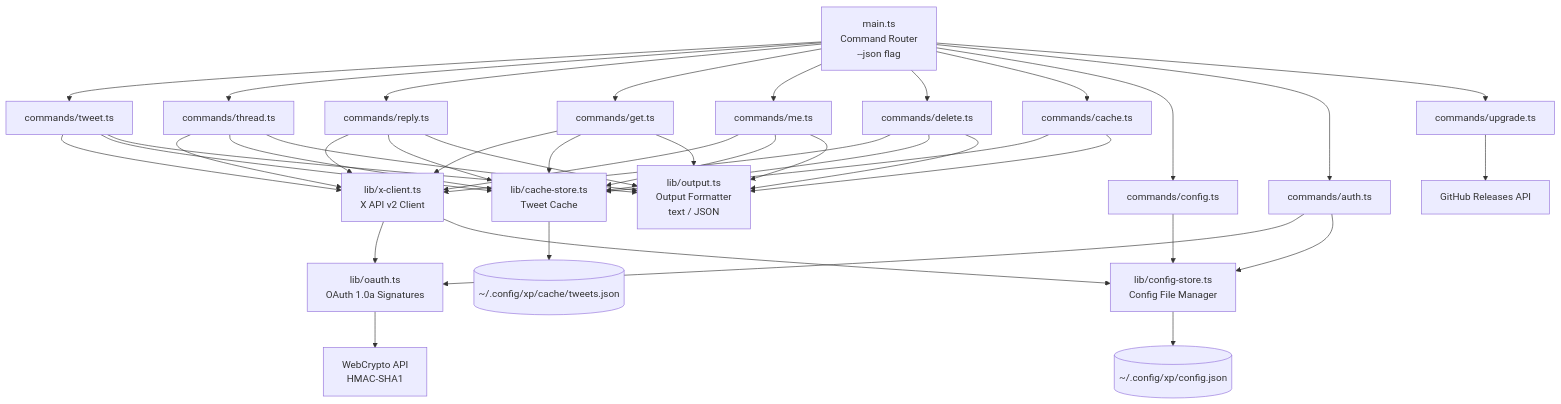
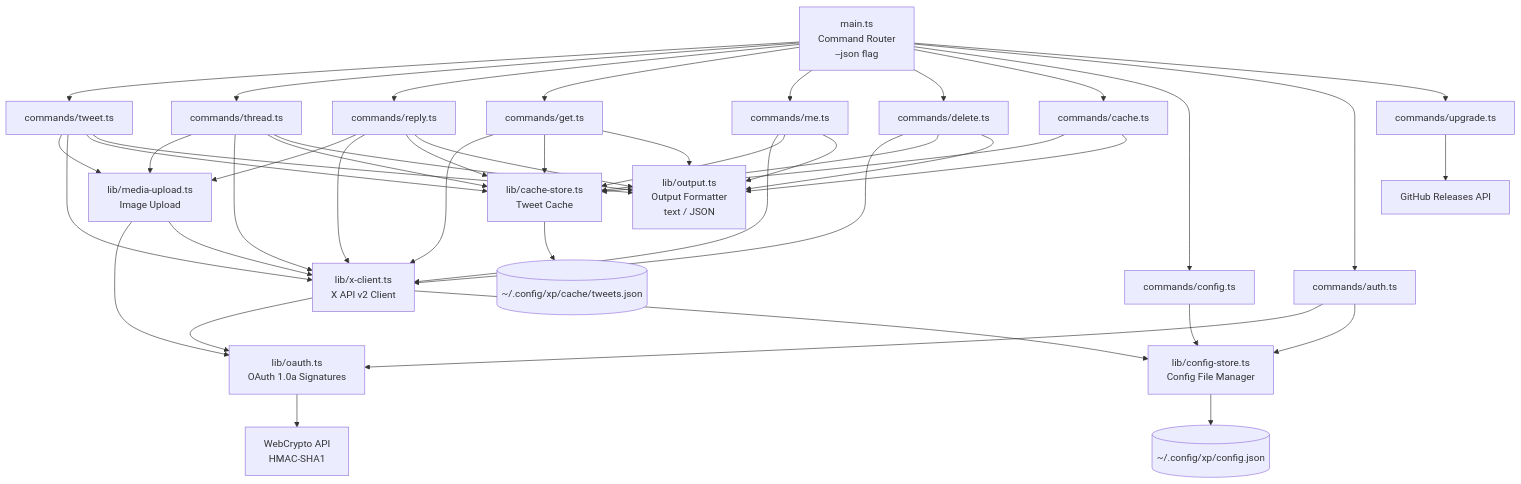
Before and after one commit to tawachan/xp: the fourth of 4 diagrams in README.md, drawn with Mermaid. The commit also changed other lines of this file and 9 other files, not shown here.

````diff
--- a/README.md
+++ b/README.md
@@ -291,47 +302,54 @@
 ```mermaid
 graph TD
     A[main.ts<br/>Command Router<br/>--json flag] --> B[commands/tweet.ts]
     A --> C[commands/thread.ts]
     A --> R[commands/reply.ts]
     A --> GT[commands/get.ts]
     A --> M[commands/me.ts]
     A --> D[commands/delete.ts]
     A --> CA[commands/cache.ts]
     A --> E[commands/config.ts]
     A --> F[commands/auth.ts]
     A --> U[commands/upgrade.ts]
 
+    B --> MU[lib/media-upload.ts<br/>Image Upload]
+    C --> MU
+    R --> MU
+
     B --> G[lib/x-client.ts<br/>X API v2 Client]
     C --> G
     R --> G
     GT --> G
     M --> G
     D --> G
     F --> H[lib/oauth.ts<br/>OAuth 1.0a Signatures]
+
+    MU --> H
+    MU --> G
 
     G --> H
     G --> I[lib/config-store.ts<br/>Config File Manager]
     F --> I
     E --> I
 
     GT --> CS[lib/cache-store.ts<br/>Tweet Cache]
     M --> CS
     B --> CS
     C --> CS
     R --> CS
     D --> CS
     CA --> CS
 
     B --> J[lib/output.ts<br/>Output Formatter<br/>text / JSON]
     C --> J
     R --> J
     GT --> J
     M --> J
     D --> J
     CA --> J
 
     I --> K[(~/.config/xp/config.json)]
     CS --> KCS[(~/.config/xp/cache/tweets.json)]
     H --> L[WebCrypto API<br/>HMAC-SHA1]
     U --> GH[GitHub Releases API]
 ```
````
